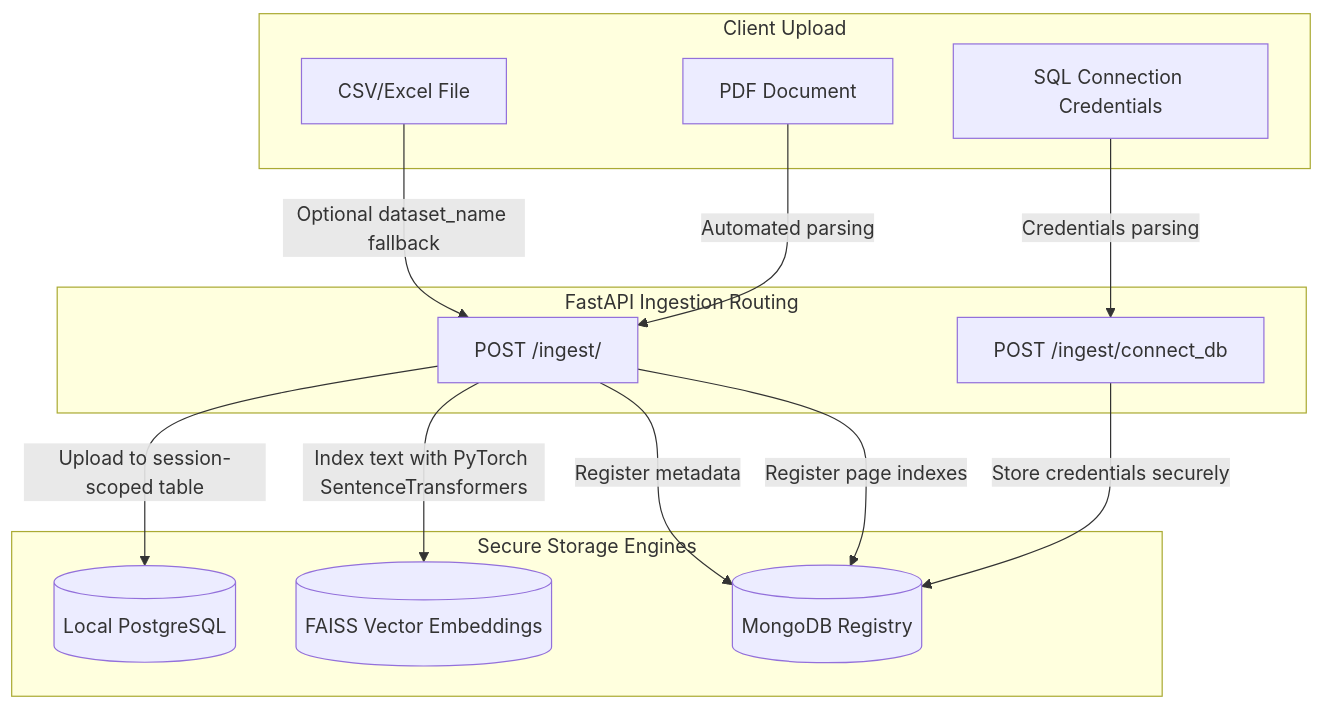
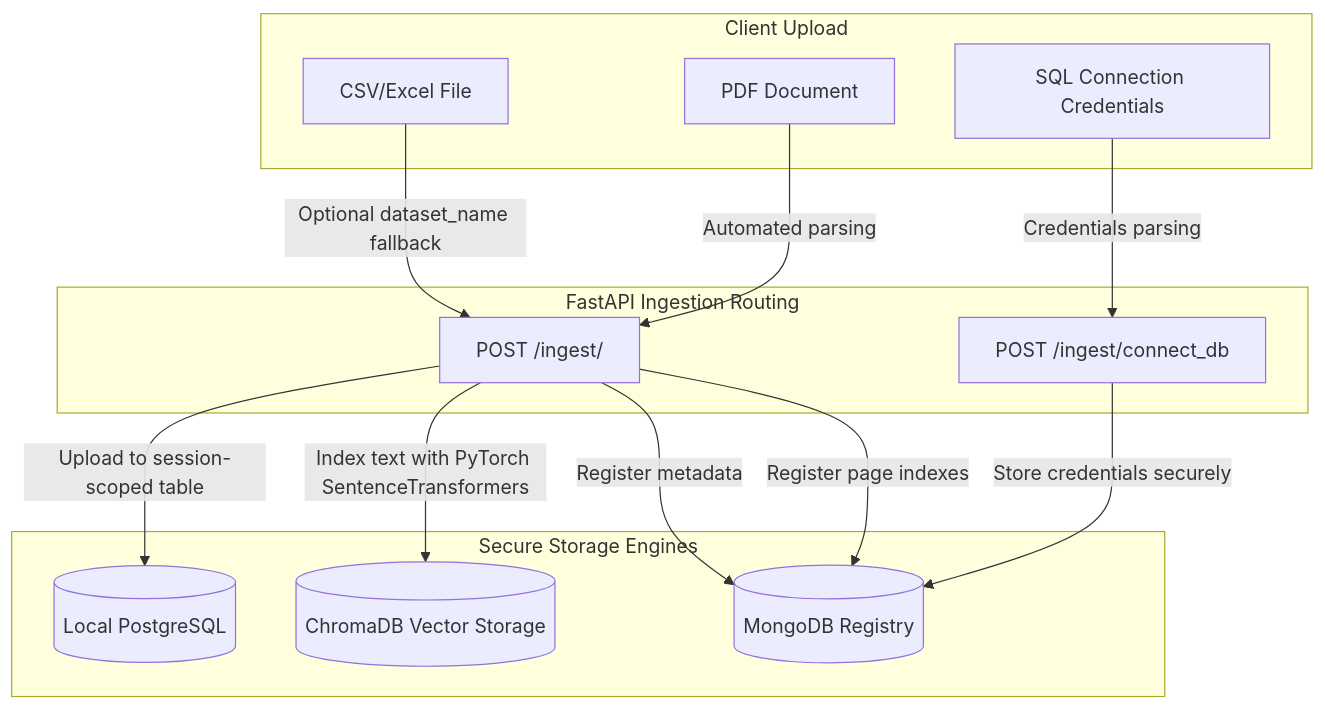
One commit to PRIME-07/Futures-First changed the first of 2 diagrams in README.md. Above: the diagram before and after it, drawn with Mermaid. The commit also changed other lines of this file and 20 other files, not shown here.

````diff
--- a/README.md
+++ b/README.md
@@ -13,29 +13,29 @@
 ```mermaid
 flowchart TD
     subgraph Client Upload
         CSV[CSV/Excel File]
         PDF[PDF Document]
         DB_Creds[SQL Connection Credentials]
     end
 
     subgraph FastAPI Ingestion Routing
         File_Route[POST /ingest/]
         DB_Route[POST /ingest/connect_db]
     end
 
     subgraph Secure Storage Engines
         PG[(Local PostgreSQL)]
-        VectorDB[(FAISS Vector Embeddings)]
+        VectorDB[(ChromaDB Vector Storage)]
         Mongo[(MongoDB Registry)]
     end
 
     CSV -->|Optional dataset_name fallback| File_Route
     PDF -->|Automated parsing| File_Route
     DB_Creds -->|Credentials parsing| DB_Route
 
     File_Route -->|Upload to session-scoped table| PG
     File_Route -->|Register metadata| Mongo
     File_Route -->|Index text with PyTorch SentenceTransformers| VectorDB
     File_Route -->|Register page indexes| Mongo
     DB_Route -->|Store credentials securely| Mongo
 ```
````
